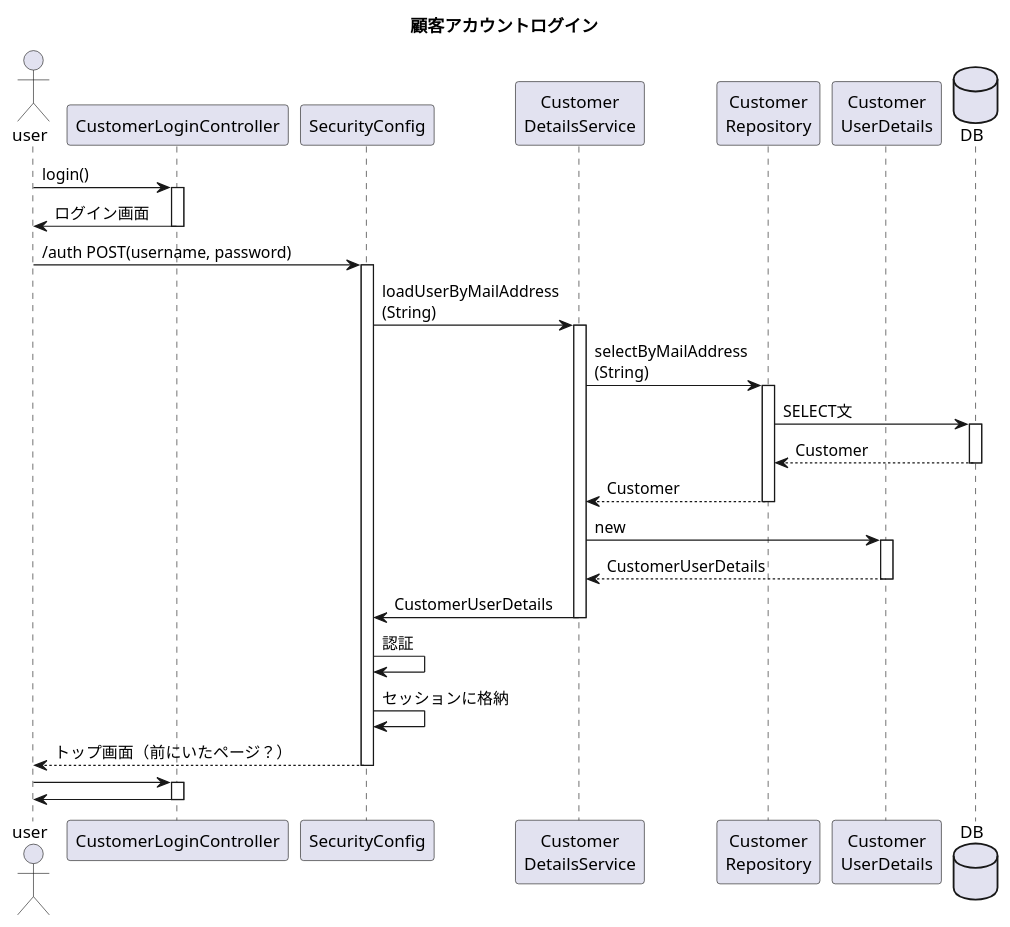
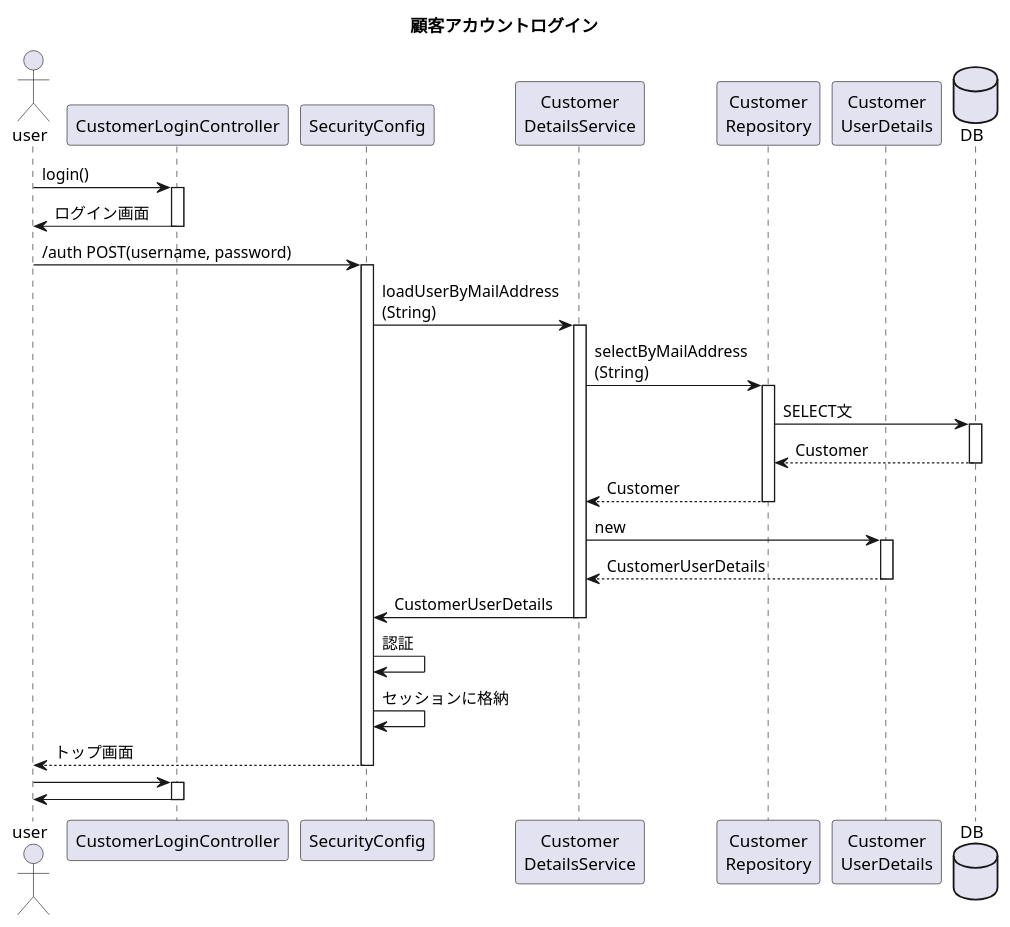
Before and after one commit to kanavii3333/ec-b: the diagram in plan/uml/sequence/2/uc002.plantuml, drawn with PlantUML. The commit also changed 6 other files, not shown here.

Commit message:
クラス図シーケンス図UC001～005まで確認修正

```diff
--- a/plan/uml/sequence/2/uc002.plantuml
+++ b/plan/uml/sequence/2/uc002.plantuml
@@ -1,28 +1,28 @@
 @startuml
 title 顧客アカウントログイン
 actor user
 participant "CustomerLoginController" as controller
 participant "SecurityConfig" as security
 participant "Customer\nDetailsService" as service
 participant "Customer\nRepository" as repository
 participant "Customer\nUserDetails" as details
 database DB as db
 
 user -> controller++:login()
 controller -> user--:ログイン画面
 user -> security++:/auth POST(username, password)
 security -> service++:loadUserByMailAddress\n(String)
 service -> repository++:selectByMailAddress\n(String)
 repository -> db++:SELECT文
 db --> repository--:Customer
 repository --> service--:Customer
 service -> details++:new
 details --> service--:CustomerUserDetails
 service -> security--:CustomerUserDetails
 security -> security:認証
 security -> security:セッションに格納
-security --> user--:トップ画面（前にいたページ？）
+security --> user--:トップ画面
 user -> controller++:
 controller -> user--:
 
 @enduml
```
